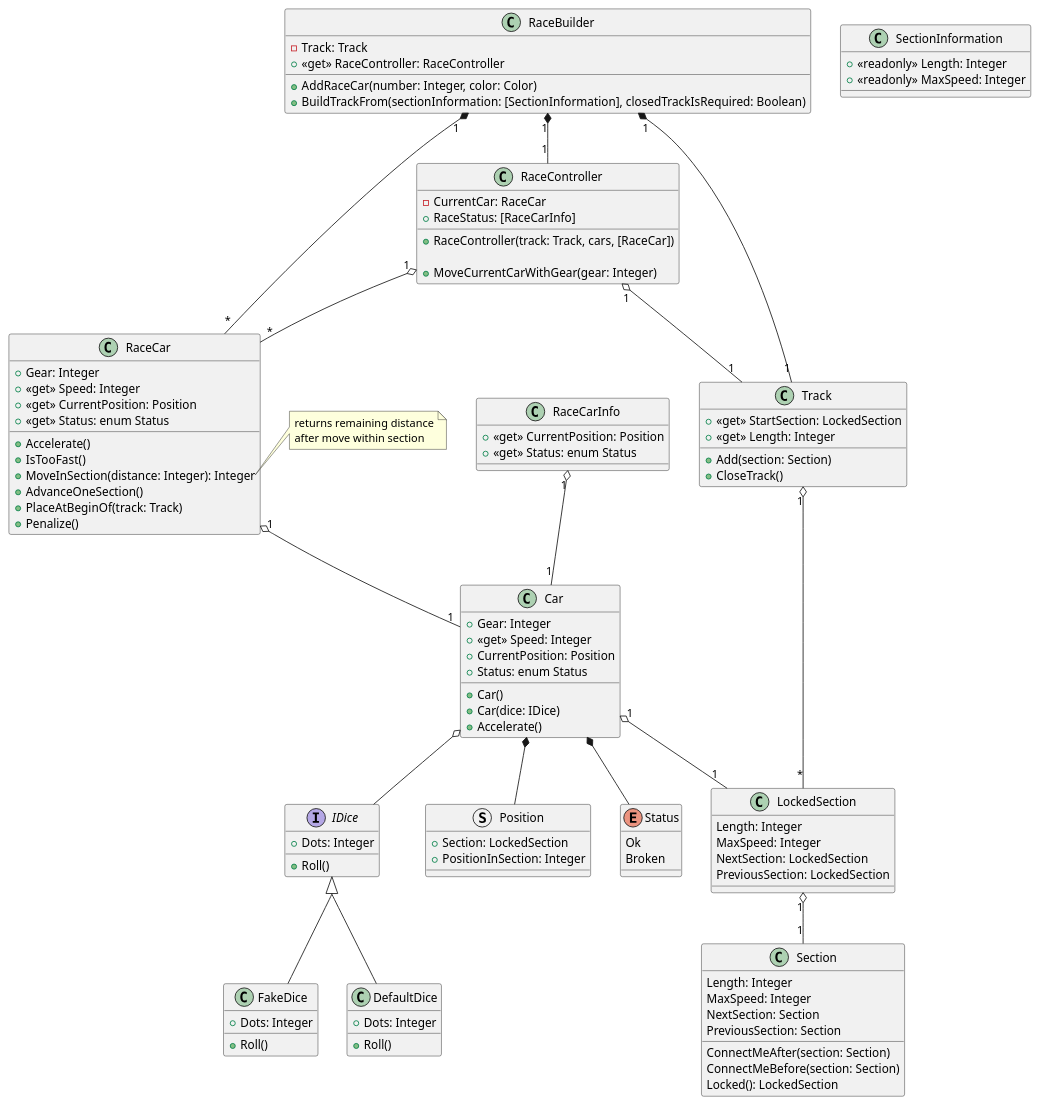
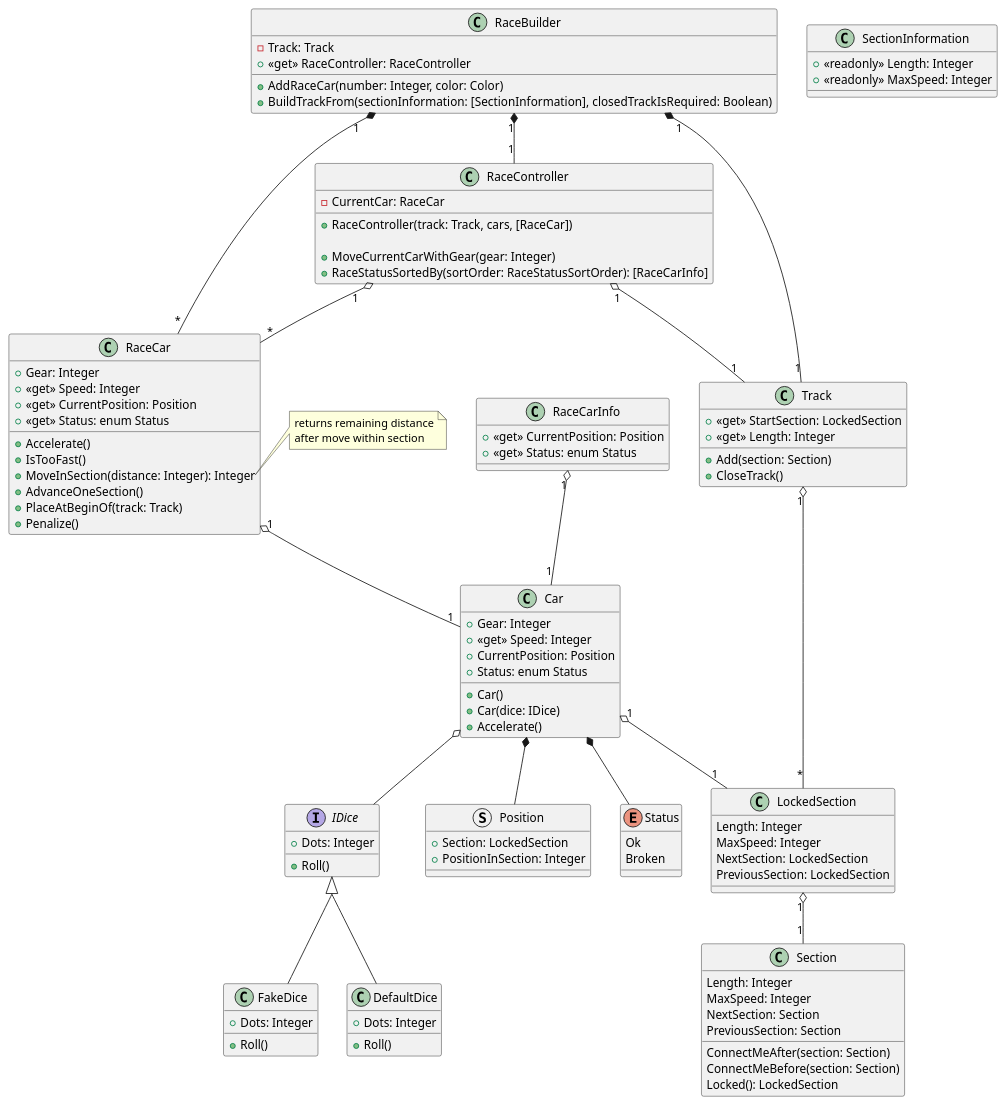
Before and after one commit to htl-leo-syp-project-organization/if.05.61_00-class-materials: the second of 2 diagrams in Units/UnitTesting/CarRace/Readme.md, drawn with PlantUML.

Commit message:
Replaced property by access method

```diff
--- a/Units/UnitTesting/CarRace/Readme.md
+++ b/Units/UnitTesting/CarRace/Readme.md
@@ -172,11 +172,11 @@
 
 class RaceController {
     - CurrentCar: RaceCar
-    + RaceStatus: [RaceCarInfo]
 
     + RaceController(track: Track, cars, [RaceCar])
 
     + MoveCurrentCarWithGear(gear: Integer)
+    + RaceStatusSortedBy(sortOrder: RaceStatusSortOrder): [RaceCarInfo]
 }
 RaceController "1" o-- "*" RaceCar
 RaceController "1" o-- "1" Track
```
